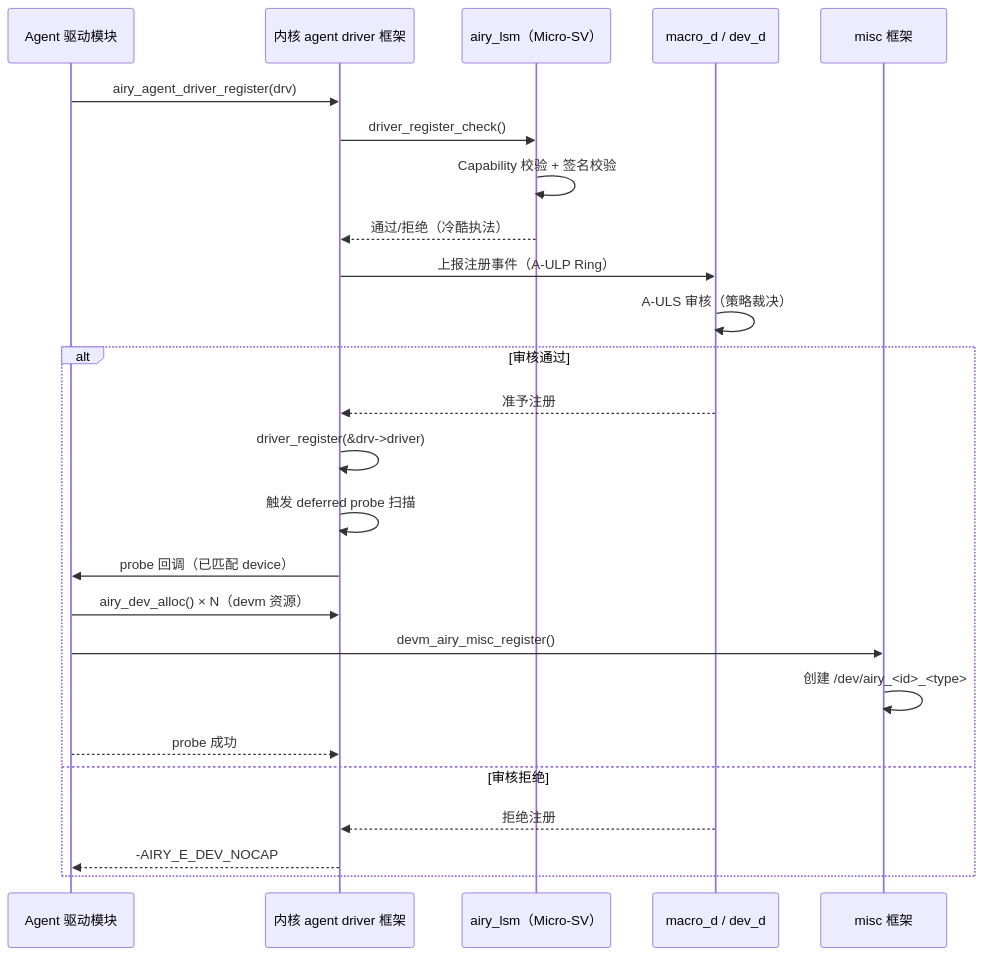
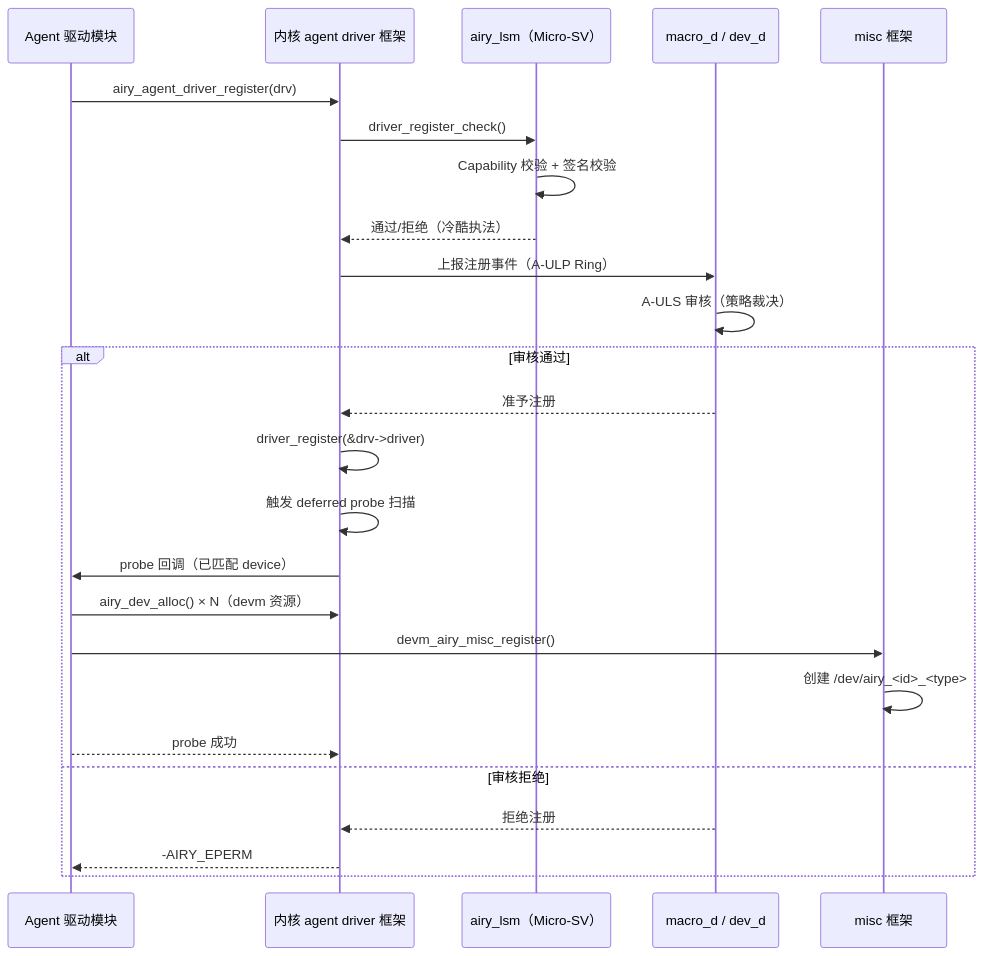
One commit to openairymax/docs changed the second of 5 diagrams in AirymaxOS/60-driver-model/05-agent-driver.md. Above: the diagram before and after it, drawn with Mermaid. The commit also changed other lines of this file and 113 other files, not shown here.

````diff
--- a/AirymaxOS/60-driver-model/05-agent-driver.md
+++ b/AirymaxOS/60-driver-model/05-agent-driver.md
@@ -92,27 +92,27 @@
 ```mermaid
 sequenceDiagram
     participant A as Agent 驱动模块
     participant K as 内核 agent driver 框架
     participant L as airy_lsm（Micro-SV）
     participant U as macro_d / dev_d
     participant M as misc 框架
     A->>K: airy_agent_driver_register(drv)
     K->>L: driver_register_check()
     L->>L: Capability 校验 + 签名校验
     L-->>K: 通过/拒绝（冷酷执法）
     K->>U: 上报注册事件（A-ULP Ring）
     U->>U: A-ULS 审核（策略裁决）
     alt 审核通过
         U-->>K: 准予注册
         K->>K: driver_register(&drv->driver)
         K->>K: 触发 deferred probe 扫描
         K->>A: probe 回调（已匹配 device）
         A->>K: airy_dev_alloc() × N（devm 资源）
         A->>M: devm_airy_misc_register()
         M->>M: 创建 /dev/airy_<id>_<type>
         A-->>K: probe 成功
     else 审核拒绝
         U-->>K: 拒绝注册
-        K-->>A: -AIRY_E_DEV_NOCAP
+        K-->>A: -AIRY_EPERM
     end
 ```
````
